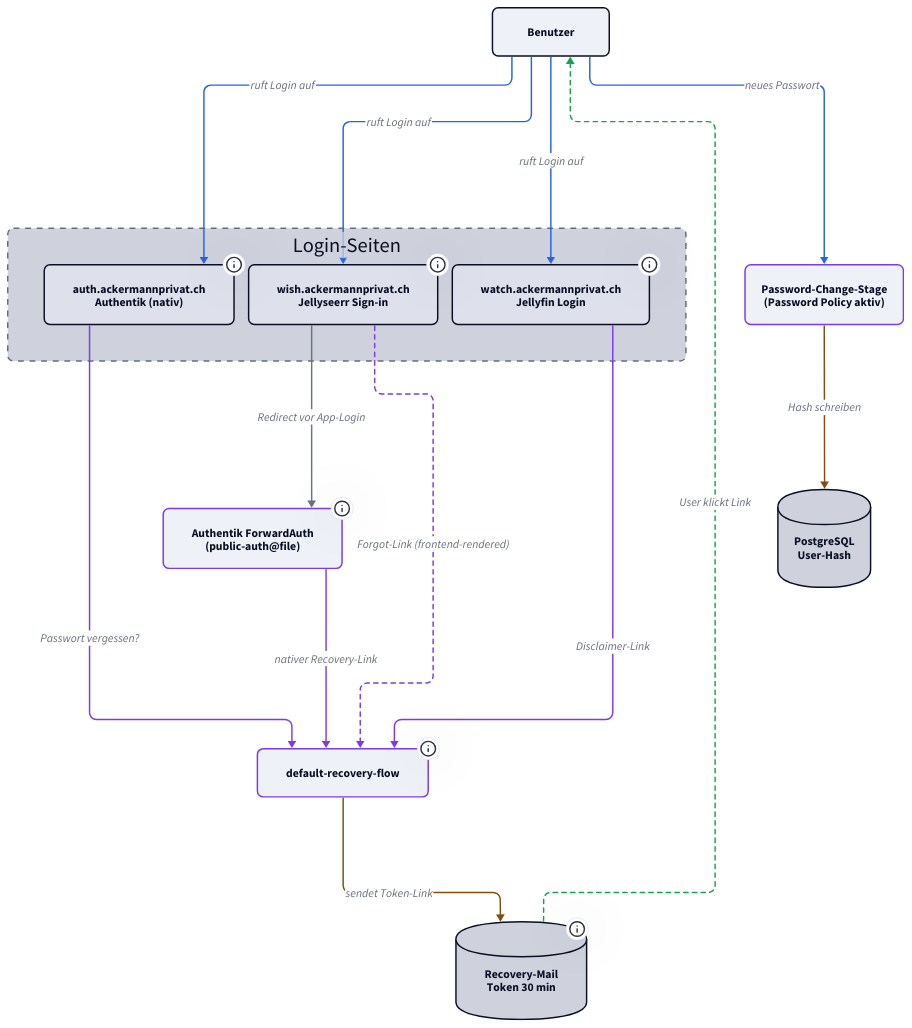
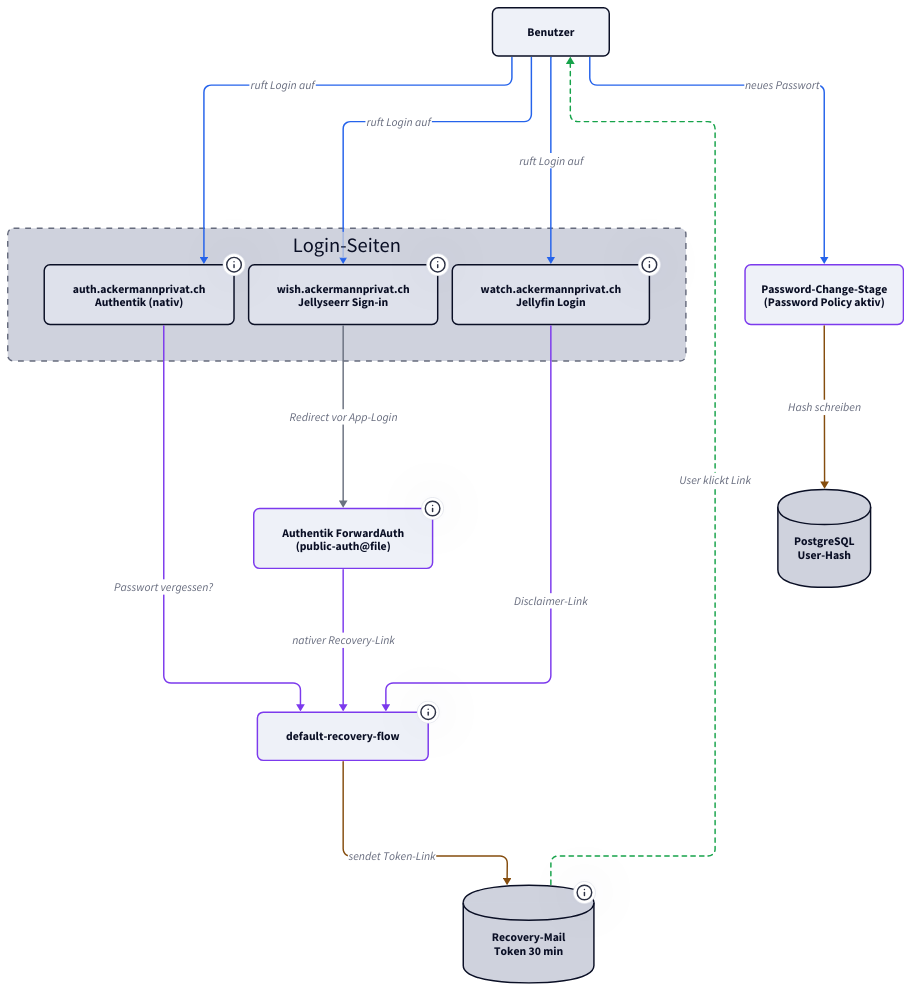
The diagram in docs/authentik/betrieb.md (derever-labs/homelab-wiki), drawn with D2 before and after one commit. The commit also changed other lines of this file and 1 other file, not shown here.

First line of the commit message:
docs(authentik): Jellyseerr 2.7.3 -- Forgot-Render-Stub klarstellen

````diff
--- a/docs/authentik/betrieb.md
+++ b/docs/authentik/betrieb.md
@@ -160,74 +160,73 @@
 ```d2
 vars: {
   d2-config: {
     theme-id: 1
     layout-engine: elk
   }
 }
 
 classes: {
   app: { style: { border-radius: 8 } }
   recovery: { style: { border-radius: 8; stroke: "#7c3aed" } }
   store: { style: { border-radius: 8 } }
   container: { style: { border-radius: 8; stroke-dash: 4 } }
 }
 
 direction: down
 
 User: Benutzer { class: app }
 
 Apps: Login-Seiten {
   class: container
 
   AuthLogin: "auth.ackermannprivat.ch\nAuthentik (nativ)" {
     class: app
     tooltip: "Recovery-Link via Identification-Stage + Custom-CSS"
   }
   JSLogin: "wish.ackermannprivat.ch\nJellyseerr Sign-in" {
     class: app
-    tooltip: "Setting jellyfinForgotPasswordUrl wird vom Frontend aus /settings/public gelesen"
+    tooltip: "v2.7.3: kein nativer Recovery-Link auf der Login-Maske -- Recovery laeuft ueber die vorgelagerte Authentik-Login-Seite"
   }
   JFLogin: "watch.ackermannprivat.ch\nJellyfin Login" {
     class: app
     tooltip: "LoginDisclaimer im Branding-Endpoint, persistiert im CSI-Volume"
   }
 }
 
 FWD: "Authentik ForwardAuth\n(public-auth@file)" {
   class: recovery
   tooltip: "Schaltet die Authentik-Login-Seite VOR Jellyseerr -- nativer Recovery-Link greift hier zuerst"
 }
 
 Recovery: "default-recovery-flow" {
   class: recovery
   tooltip: "Identification + Recovery-Mail + Token + Password-Change-Stage"
 }
 
 Mail: "Recovery-Mail\nToken 30 min" {
   class: store
   shape: cylinder
   tooltip: "SMTP Relay -- smtp.service.consul"
 }
 
 PwChange: "Password-Change-Stage\n(Password Policy aktiv)" { class: recovery }
 
 PG: "PostgreSQL\nUser-Hash" {
   class: store
   shape: cylinder
 }
 
 User -> Apps.AuthLogin: "ruft Login auf" { style.stroke: "#2563eb" }
 User -> Apps.JSLogin: "ruft Login auf" { style.stroke: "#2563eb" }
 User -> Apps.JFLogin: "ruft Login auf" { style.stroke: "#2563eb" }
 
 Apps.JSLogin -> FWD: "Redirect vor App-Login" { style.stroke: "#6b7280" }
 FWD -> Recovery: "nativer Recovery-Link" { style.stroke: "#7c3aed" }
 Apps.AuthLogin -> Recovery: "Passwort vergessen?" { style.stroke: "#7c3aed" }
-Apps.JSLogin -> Recovery: "Forgot-Link (frontend-rendered)" { style.stroke: "#7c3aed"; style.stroke-dash: 3 }
 Apps.JFLogin -> Recovery: "Disclaimer-Link" { style.stroke: "#7c3aed" }
 
 Recovery -> Mail: "sendet Token-Link" { style.stroke: "#854d0e" }
 Mail -> User: "User klickt Link" { style.stroke: "#16a34a"; style.stroke-dash: 3 }
 User -> PwChange: "neues Passwort" { style.stroke: "#2563eb" }
 PwChange -> PG: "Hash schreiben" { style.stroke: "#854d0e" }
 ```
````
